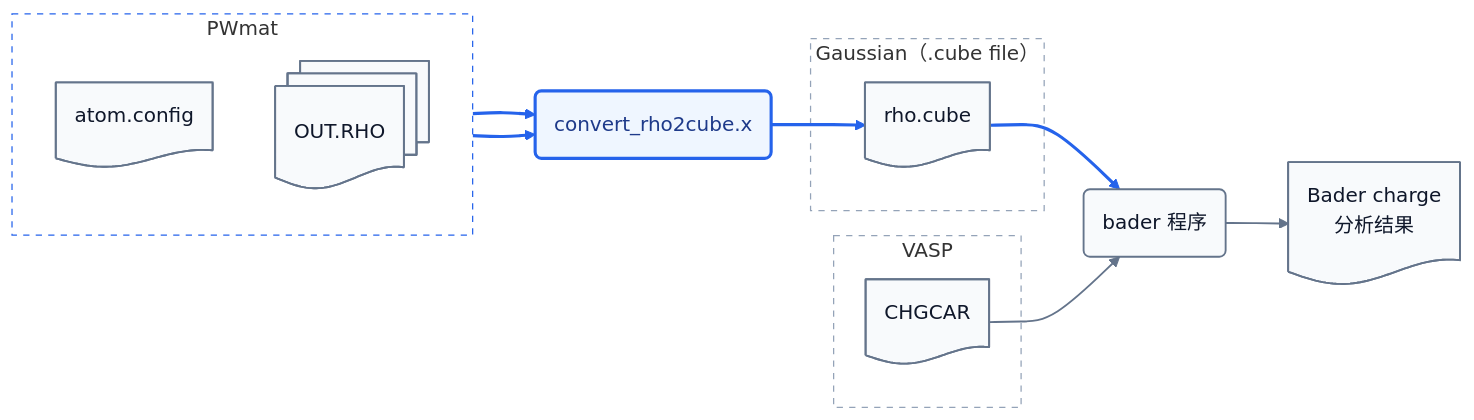
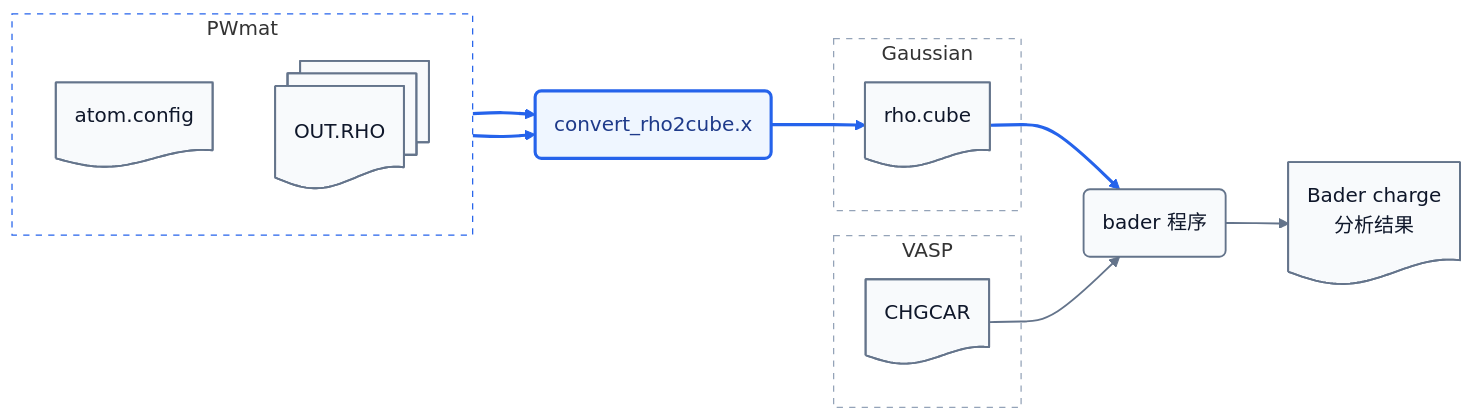
One commit to bzzlfd/bader-tools changed the second of 2 diagrams in README.md. Above: the diagram before and after it, drawn with Mermaid. The commit also changed other lines of this file, not shown here.

````diff
--- a/README.md
+++ b/README.md
@@ -49,35 +43,35 @@
 ```mermaid
 flowchart LR
     subgraph vasp["VASP"]
         chgcar@{ shape: doc, label: "CHGCAR" }
     end
 
-    subgraph gaussian["Gaussian（.cube file）"]
+    subgraph gaussian["Gaussian"]
         rho_cube@{ shape: doc, label: "rho.cube" }
     end
 
     subgraph pwmat["PWmat"]
         direction TB
         atom@{ shape: doc, label: "atom.config" }
         rho@{ shape: docs, label: "OUT.RHO" }
     end
 
     atom --> convert("convert_rho2cube.x")
     rho --> convert
     convert --> rho_cube
     rho_cube --> bader("bader 程序")
     chgcar --> bader
     bader --> charge@{ shape: doc, label: "Bader charge<br/>分析结果" }
 
     classDef adapter fill:#eff6ff,stroke:#2563eb,color:#1e3a8a,stroke-width:2.5px
     classDef program fill:#f8fafc,stroke:#64748b,color:#0f172a,stroke-width:1.5px
     classDef file fill:#f8fafc,stroke:#64748b,color:#0f172a,stroke-width:1.5px
     class convert adapter
     class bader program
     class atom,rho,rho_cube,chgcar,charge file
     style pwmat fill:#ffffff,stroke:#2563eb,stroke-dasharray:5 5
     style gaussian fill:#ffffff,stroke:#94a3b8,stroke-dasharray:5 5
     style vasp fill:#ffffff,stroke:#94a3b8,stroke-dasharray:5 5
     linkStyle 0,1,2,3 stroke:#2563eb,stroke-width:2.5px
     linkStyle 4,5 stroke:#64748b,stroke-width:1.5px
 ```
````
